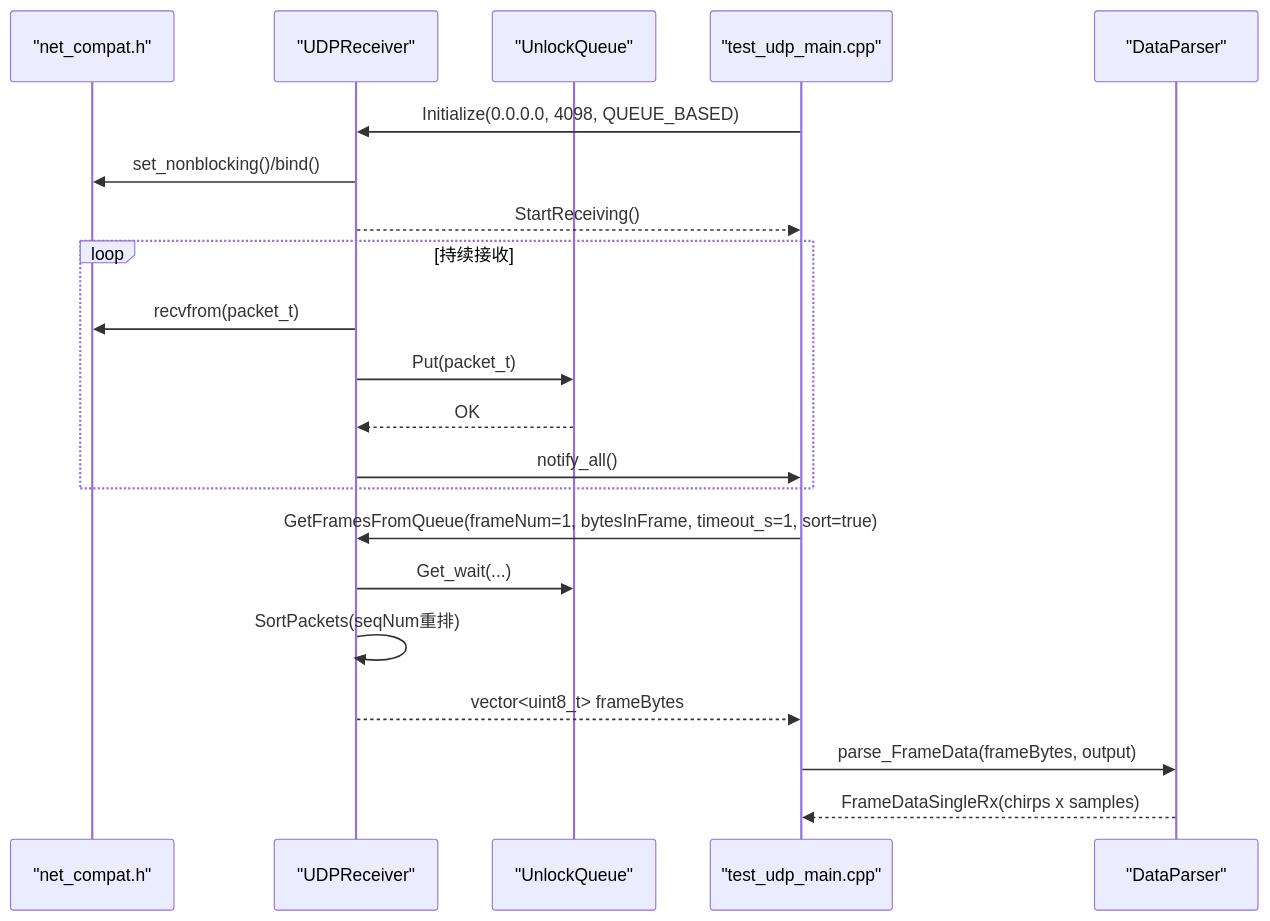
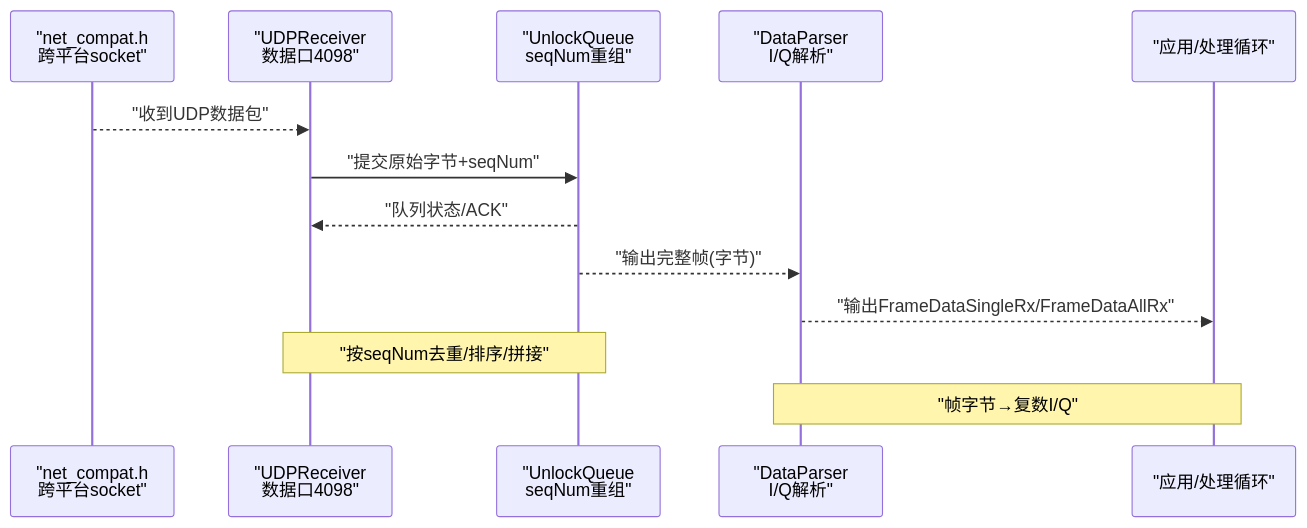
The second of 6 diagrams in .qoder/repowiki/zh/content/网络数据链路与解析/网络数据链路与解析.md (Lukad77/awr1843-radar-toolkit), drawn with Mermaid before and after one commit. The commit also changed other lines of this file and 106 other files, not shown here.

````diff
--- a/.qoder/repowiki/zh/content/网络数据链路与解析/网络数据链路与解析.md
+++ b/.qoder/repowiki/zh/content/网络数据链路与解析/网络数据链路与解析.md
@@ -91,23 +92,15 @@
 ```mermaid
 sequenceDiagram
-participant Net as "net_compat.h"
-participant Recv as "UDPReceiver"
-participant Q as "UnlockQueue"
-participant Main as "test_udp_main.cpp"
-participant Parse as "DataParser"
-Main->>Recv : Initialize(0.0.0.0, 4098, QUEUE_BASED)
-Recv->>Net : set_nonblocking()/bind()
-Recv-->>Main : StartReceiving()
-loop 持续接收
-Recv->>Net : recvfrom(packet_t)
-Recv->>Q : Put(packet_t)
-Q-->>Recv : OK
-Recv->>Main : notify_all()
-end
-Main->>Recv : GetFramesFromQueue(frameNum=1, bytesInFrame, timeout_s=1, sort=true)
-Recv->>Q : Get_wait(...)
-Recv->>Recv : SortPackets(seqNum重排)
-Recv-->>Main : vector<uint8_t> frameBytes
-Main->>Parse : parse_FrameData(frameBytes, output)
-Parse-->>Main : FrameDataSingleRx(chirps x samples)
+participant Net as "net_compat.h<br/>跨平台socket"
+participant RX as "UDPReceiver<br/>数据口4098"
+participant Q as "UnlockQueue<br/>seqNum重组"
+participant P as "DataParser<br/>I/Q解析"
+participant App as "应用/处理循环"
+Net-->>RX : "收到UDP数据包"
+RX->>Q : "提交原始字节+seqNum"
+Q-->>RX : "队列状态/ACK"
+Q-->>P : "输出完整帧(字节)"
+P-->>App : "输出FrameDataSingleRx/FrameDataAllRx"
+Note over RX,Q : "按seqNum去重/排序/拼接"
+Note over P,App : "帧字节→复数I/Q"
 ```
````
